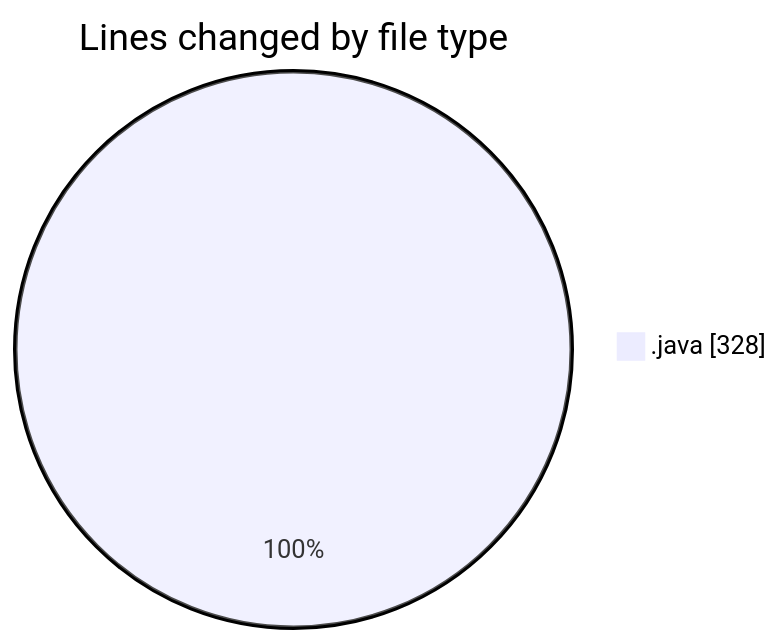
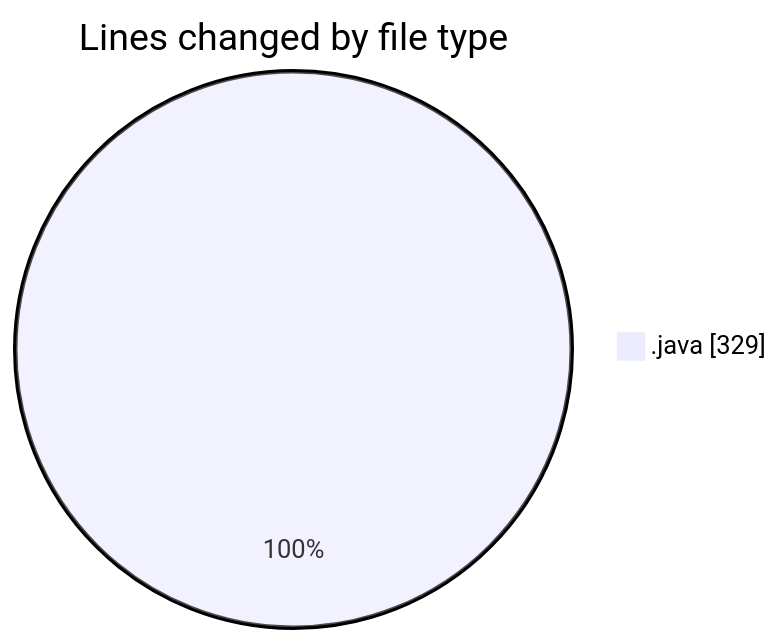
The first of 2 diagrams in 2026-09-16/cilreports__workspace_/README.md (ricardozamudiocil/code-tracking), drawn with Mermaid before and after one commit. The commit also changed other lines of this file and 1 other file, not shown here.

````diff
--- a/2026-09-16/cilreports__workspace_/README.md
+++ b/2026-09-16/cilreports__workspace_/README.md
@@ -20,5 +20,5 @@
 ```mermaid
 pie showData
 title Lines changed by file type
-".java" : 328
+".java" : 329
 ```
````
